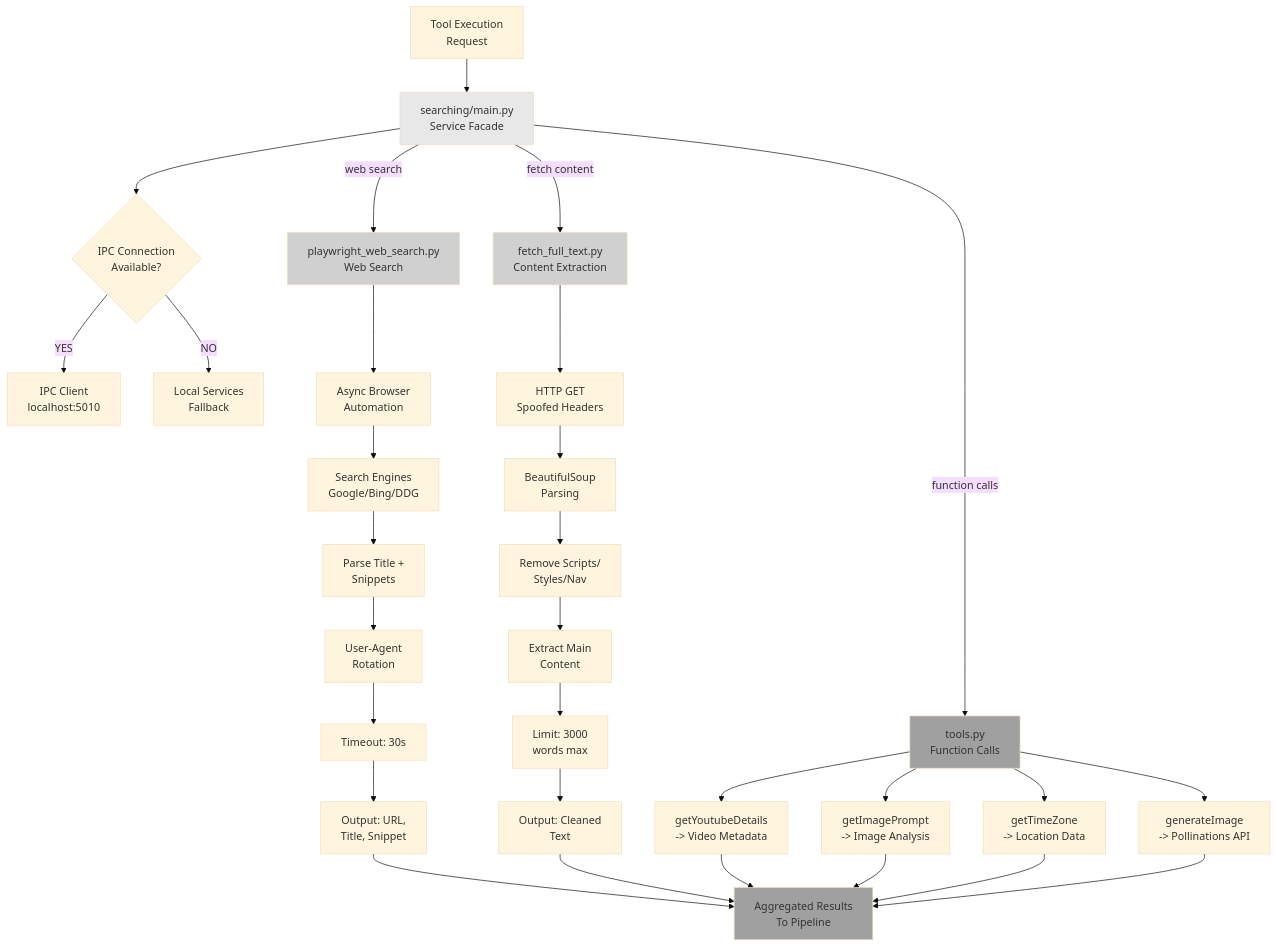
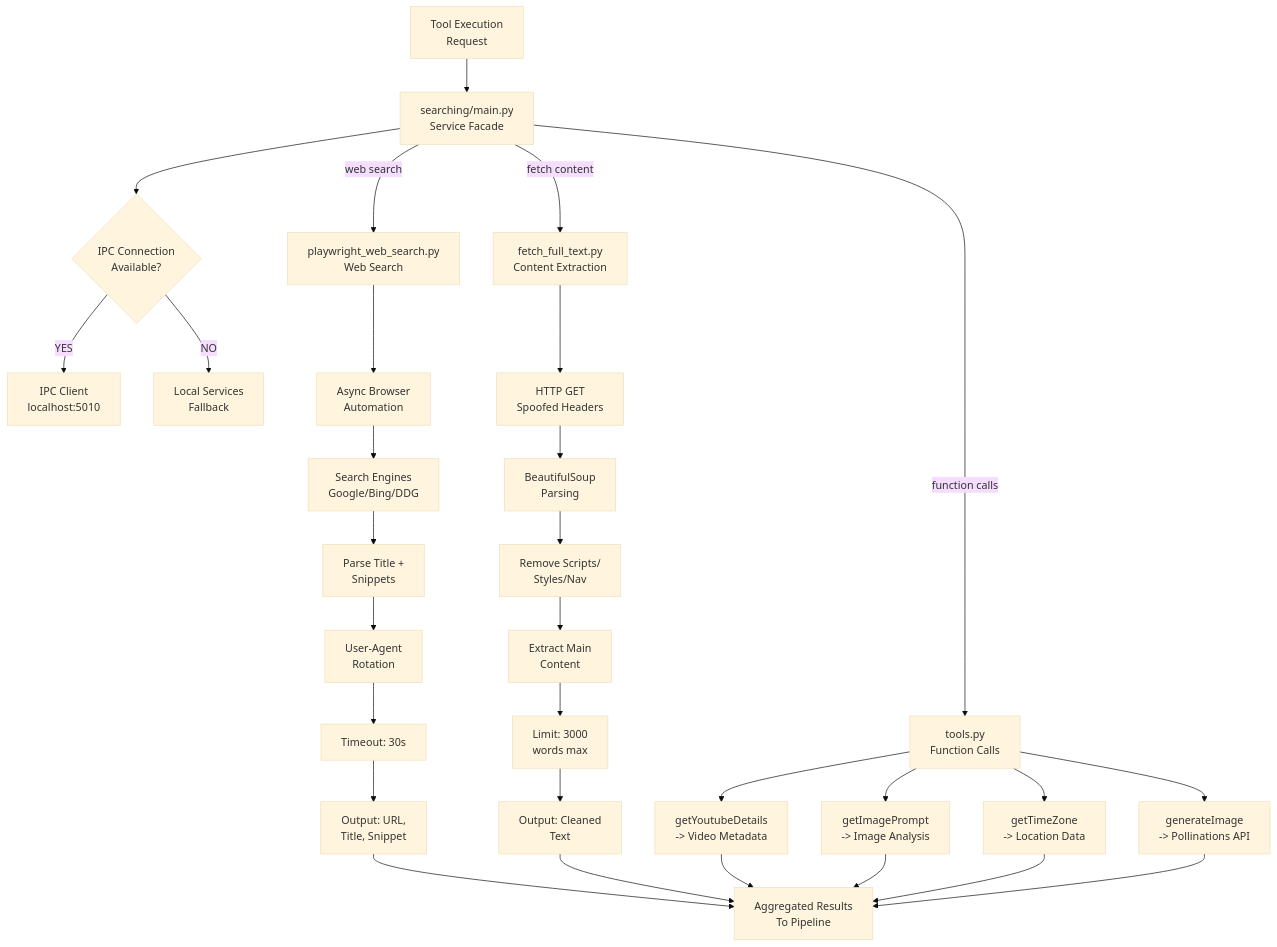
One commit to pollinations/lixSearch changed the tenth of 18 diagrams in DOCS/FULL_ARCHITECTURE.md. Above: the diagram before and after it, drawn with Mermaid (base theme). The commit also changed other lines of this file, not shown here.

````diff
--- a/DOCS/FULL_ARCHITECTURE.md
+++ b/DOCS/FULL_ARCHITECTURE.md
@@ -642,73 +758,73 @@
 ```mermaid
 graph TD
     Pipeline["Tool Execution<br/>Request"]
     
     SearchFacade["searching/main.py<br/>Service Facade"]
     IPCCheck{"IPC Connection<br/>Available?"}
     IPCClient["IPC Client<br/>localhost:5010"]
     LocalFallback["Local Services<br/>Fallback"]
     
     WebSearch["playwright_web_search.py<br/>Web Search"]
     BrowserAuto["Async Browser<br/>Automation"]
     SearchEngine["Search Engines<br/>Google/Bing/DDG"]
     ParseResults["Parse Title +<br/>Snippets"]
     UserAgent["User-Agent<br/>Rotation"]
     Timeout["Timeout: 30s"]
     WebSearchOut["Output: URL,<br/>Title, Snippet"]
     
     FetchText["fetch_full_text.py<br/>Content Extraction"]
     HTTPGet["HTTP GET<br/>Spoofed Headers"]
     BeautifulSoup["BeautifulSoup<br/>Parsing"]
     RemoveJunk["Remove Scripts/<br/>Styles/Nav"]
     ExtractContent["Extract Main<br/>Content"]
     WordLimit["Limit: 3000<br/>words max"]
     FetchOut["Output: Cleaned<br/>Text"]
     
     Tools["tools.py<br/>Function Calls"]
     YouTube["getYoutubeDetails<br/>-> Video Metadata"]
     ImagePrompt["getImagePrompt<br/>-> Image Analysis"]
     TimeZone["getTimeZone<br/>-> Location Data"]
     GenerateImage["generateImage<br/>-> Pollinations API"]
     
     Results["Aggregated Results<br/>To Pipeline"]
     
     Pipeline --> SearchFacade
     SearchFacade --> IPCCheck
     IPCCheck -->|YES| IPCClient
     IPCCheck -->|NO| LocalFallback
     
     SearchFacade -->|web search| WebSearch
     WebSearch --> BrowserAuto
     BrowserAuto --> SearchEngine
     SearchEngine --> ParseResults
     ParseResults --> UserAgent
     UserAgent --> Timeout
     Timeout --> WebSearchOut
     
     SearchFacade -->|fetch content| FetchText
     FetchText --> HTTPGet
     HTTPGet --> BeautifulSoup
     BeautifulSoup --> RemoveJunk
     RemoveJunk --> ExtractContent
     ExtractContent --> WordLimit
     WordLimit --> FetchOut
     
     SearchFacade -->|function calls| Tools
     Tools --> YouTube
     Tools --> ImagePrompt
     Tools --> TimeZone
     Tools --> GenerateImage
     
     WebSearchOut --> Results
     FetchOut --> Results
     YouTube --> Results
     ImagePrompt --> Results
     TimeZone --> Results
     GenerateImage --> Results
     
-    style SearchFacade fill:#E8E8E8
-    style WebSearch fill:#D0D0D0
-    style FetchText fill:#D0D0D0
-    style Tools fill:#A0A0A0
-    style Results fill:#A0A0A0
+    style SearchFacade fill:#000;color:#fff
+    style WebSearch fill:#000;color:#fff
+    style FetchText fill:#000;color:#fff
+    style Tools fill:#000;color:#fff
+    style Results fill:#000;color:#fff
 ```
````
